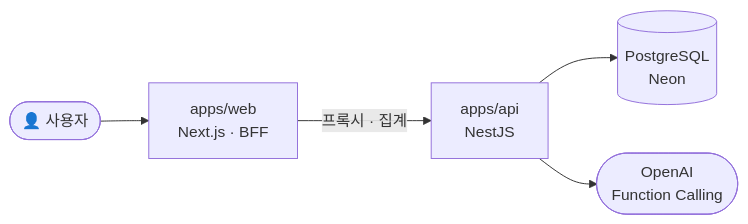
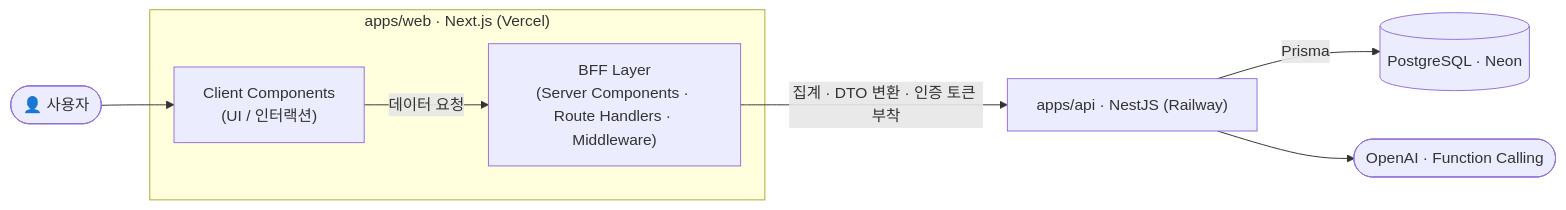
Before and after one commit to smnm1998/fit-fo-yo: the diagram in README.md, drawn with Mermaid. The commit also changed other lines of this file, not shown here.

Commit message:
docs: BFF 다이어그램 보강 — 배포 호스트·HttpOnly 쿠키·Prisma

````diff
--- a/README.md
+++ b/README.md
@@ -50,7 +50,15 @@
 ```mermaid
 flowchart LR
-  U([👤 사용자]) --> Web["apps/web<br/>Next.js · BFF"]
-  Web -->|프록시 · 집계| API["apps/api<br/>NestJS"]
-  API --> DB[("PostgreSQL<br/>Neon")]
-  API --> OA(["OpenAI<br/>Function Calling"])
+    U([👤 사용자])
+
+    subgraph Web ["apps/web · Next.js (Vercel)"]
+        Client["Client Components<br/>(UI / 인터랙션)"]
+        BFF["BFF Layer<br/>(Server Components · Route Handlers · Middleware)"]
+        Client -->|데이터 요청| BFF
+    end
+
+    U --> Client
+    BFF -->|집계 · DTO 변환 · 인증 토큰 부착| API["apps/api · NestJS (Railway)"]
+    API -->|Prisma| DB[("PostgreSQL · Neon")]
+    API --> OA(["OpenAI · Function Calling"])
 ```
````
